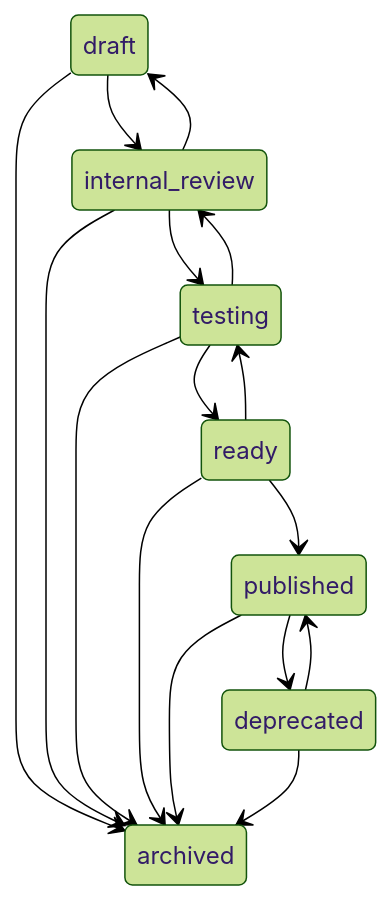
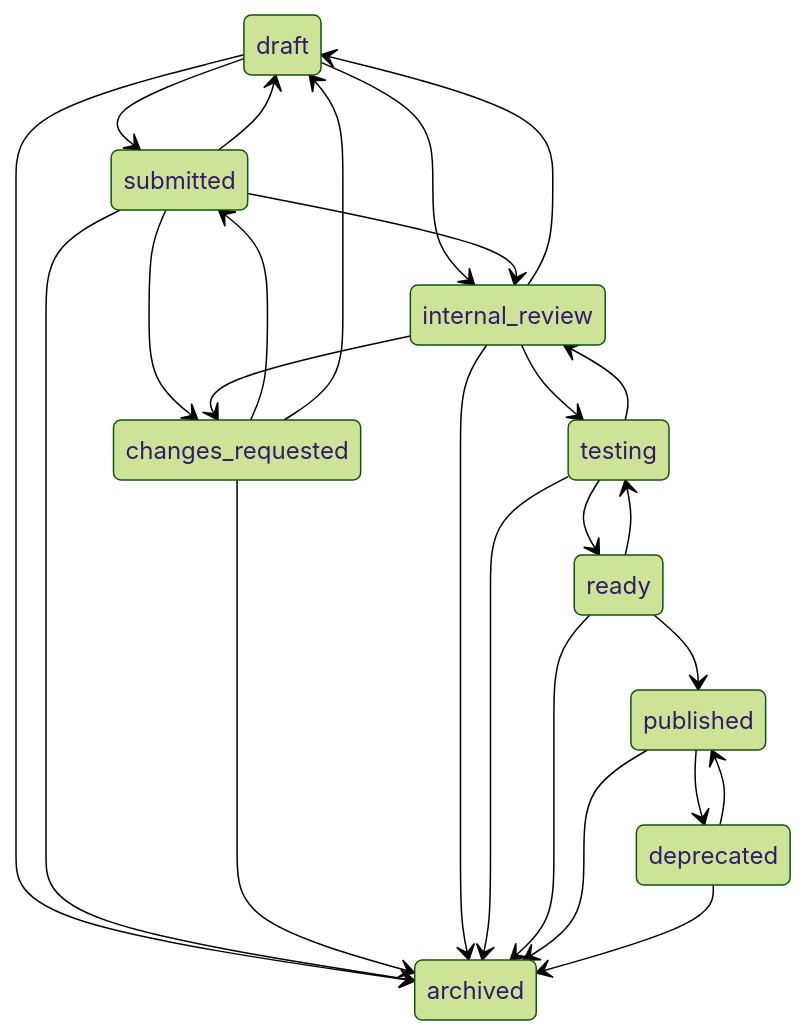
The first of 8 diagrams in src/lib/db/STATES.md (jerrywap/innovatrix), drawn with Mermaid (forest theme) before and after one commit. The commit also changed other lines of this file and 30 other files, not shown here.

````diff
--- a/src/lib/db/STATES.md
+++ b/src/lib/db/STATES.md
@@ -27,18 +29,27 @@
 ```mermaid
 stateDiagram-v2
+    draft --> submitted
     draft --> internal_review
     draft --> archived
+    submitted --> internal_review
+    submitted --> changes_requested
+    submitted --> draft
+    submitted --> archived
+    changes_requested --> submitted
+    changes_requested --> draft
+    changes_requested --> archived
     internal_review --> testing
+    internal_review --> changes_requested
     internal_review --> draft
     internal_review --> archived
     testing --> ready
     testing --> internal_review
     testing --> archived
     ready --> published
     ready --> testing
     ready --> archived
     published --> deprecated
     published --> archived
     deprecated --> published
     deprecated --> archived
 ```
````
